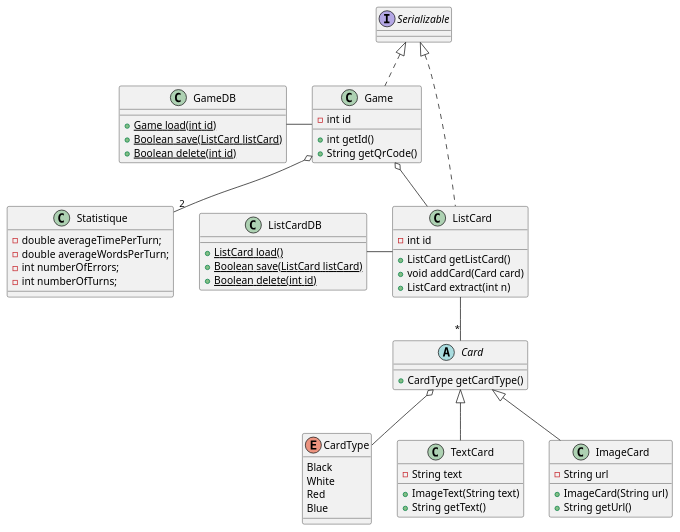
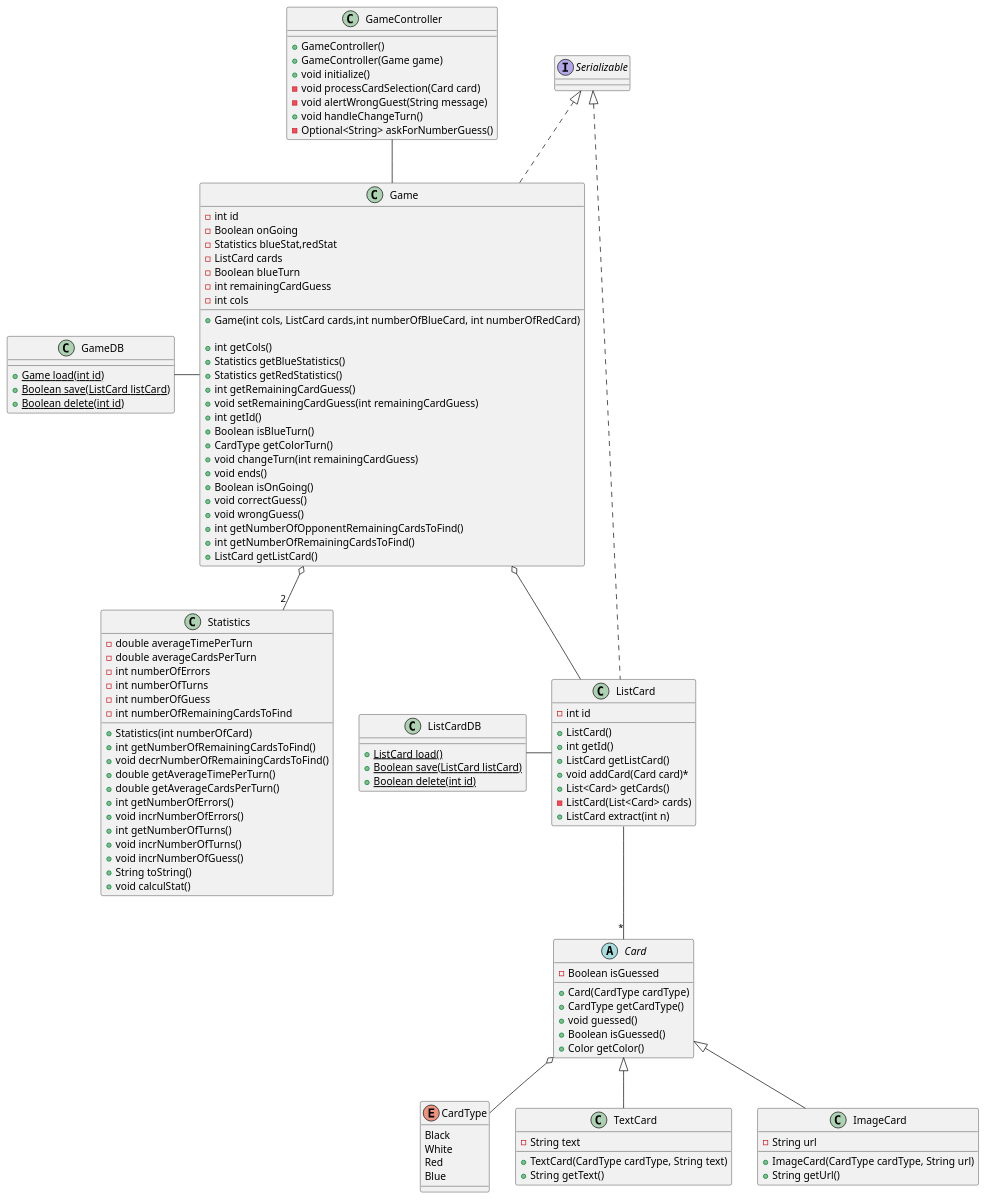
Before and after one commit to nathanl0204/coding-week: the diagram in classes.plantuml, drawn with PlantUML. The commit also changed 2 other files, not shown here.

Commit message:
MAJ du diagramme de classe

```diff
--- a/classes.plantuml
+++ b/classes.plantuml
@@ -1,75 +1,137 @@
 @startuml classes
 
-class Game implements Serializable {  
+class Game implements Serializable {
+
     - int id
+    - Boolean onGoing
+    - Statistics blueStat,redStat
+    - ListCard cards
+    - Boolean blueTurn
+    - int remainingCardGuess
+    - int cols
 
+    + Game(int cols, ListCard cards,int numberOfBlueCard, int numberOfRedCard)
+
+    + int getCols()
+    + Statistics getBlueStatistics()
+    + Statistics getRedStatistics()
+    + int getRemainingCardGuess()
+    + void setRemainingCardGuess(int remainingCardGuess)
     + int getId()
-    + String getQrCode()
+    + Boolean isBlueTurn()
+    + CardType getColorTurn()
+    + void changeTurn(int remainingCardGuess)
+    + void ends()
+    + Boolean isOnGoing()
+    + void correctGuess()
+    + void wrongGuess()
+    + int getNumberOfOpponentRemainingCardsToFind()
+    + int getNumberOfRemainingCardsToFind()
+    + ListCard getListCard()
 }
 
 class GameDB {
     + {static} Game load(int id)
     + {static} Boolean save(ListCard listCard)
     + {static} Boolean delete(int id)
 }
 
 GameDB - Game
 
+GameController -- Game
+
+class GameController {
+
+    + GameController()
+    + GameController(Game game)
+    + void initialize()
+    - void processCardSelection(Card card)
+    - void alertWrongGuest(String message)
+    + void handleChangeTurn()
+    - Optional<String> askForNumberGuess()
+}
+
 abstract class Card {
+    - Boolean isGuessed
+
+    + Card(CardType cardType)
     + CardType getCardType()
+    + void guessed()
+    + Boolean isGuessed()
+    + Color getColor()
 }
 
 Card o-- CardType
 
-enum CardType { 
-    Black 
-    White 
-    Red 
+enum CardType {
+
+    Black
+    White
+    Red
     Blue
 }
 
 class ListCard implements Serializable {
     - int id
 
+    + ListCard()
+    + int getId()
     + ListCard getListCard()
-    + void addCard(Card card)
+    + void addCard(Card card)*
+    + List<Card> getCards()
+    - ListCard(List<Card> cards)
     + ListCard extract(int n)
 }
 
 ListCard -- "*" Card
 Game o-- ListCard
 
 class TextCard extends Card {
     - String text
 
-    + ImageText(String text)
+    + TextCard(CardType cardType, String text)
     + String getText()
 }
 
 class ImageCard extends Card {
     - String url
 
-    + ImageCard(String url)
+    + ImageCard(CardType cardType, String url)
     + String getUrl()
 }
 
 class ListCardDB {
 
     + {static} ListCard load()
     + {static} Boolean save(ListCard listCard)
     + {static} Boolean delete(int id)
 }
 
 ListCardDB - ListCard
 
-class Statistique {
-    - double averageTimePerTurn;
-    - double averageWordsPerTurn;
-    - int numberOfErrors;
-    - int numberOfTurns;
+class Statistics {
+    - double averageTimePerTurn
+    - double averageCardsPerTurn
+    - int numberOfErrors
+    - int numberOfTurns
+    - int numberOfGuess
+    - int numberOfRemainingCardsToFind
+
+    + Statistics(int numberOfCard)
+    + int getNumberOfRemainingCardsToFind()
+    + void decrNumberOfRemainingCardsToFind()
+    + double getAverageTimePerTurn()
+    + double getAverageCardsPerTurn()
+    + int getNumberOfErrors()
+    + void incrNumberOfErrors()
+    + int getNumberOfTurns()
+    + void incrNumberOfTurns()
+    + void incrNumberOfGuess()
+    + String toString() 
+    + void calculStat()
 
 }
 
-Game o-- "2" Statistique
+Game o-- "2" Statistics
 
 @enduml
```
